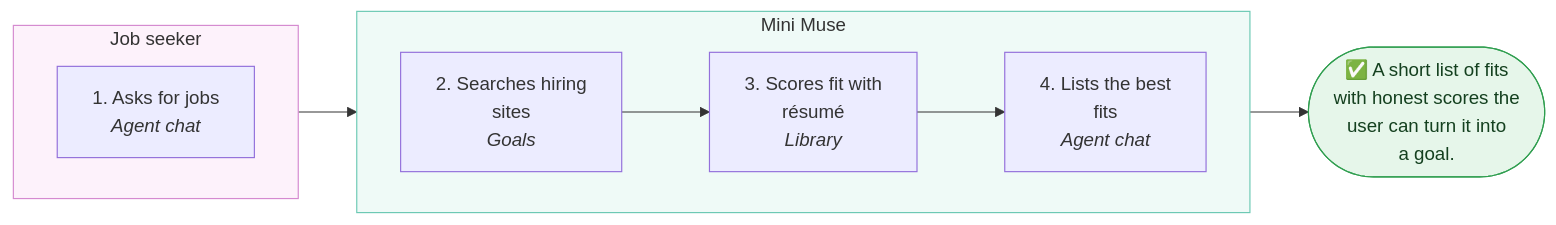
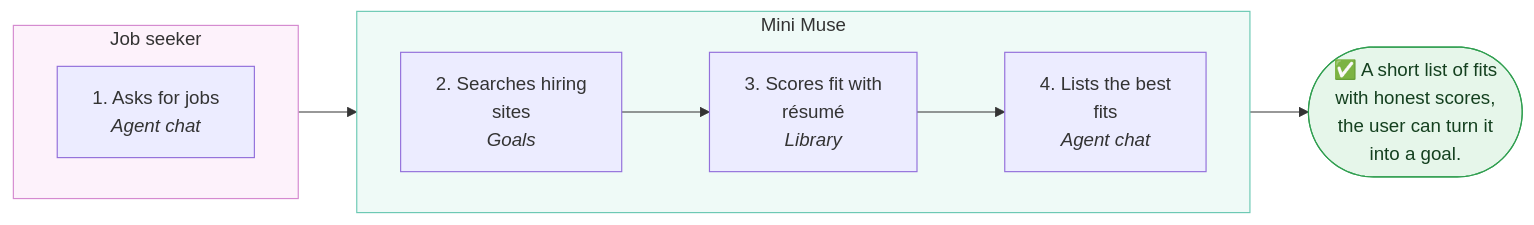
Before and after one commit to lngsa1234/mini-muse-mvp: the second of 6 diagrams in docs/product/baseline.md, drawn with Mermaid.

Commit message:
docs: product baseline label fix (AgentForge plugin)
Claude-Session: https://claude.ai/code/session_019wvSAozS1nz9RE7X3s4ZSd

````diff
--- a/docs/product/baseline.md
+++ b/docs/product/baseline.md
@@ -112,23 +112,23 @@
 ```mermaid
 flowchart LR
   subgraph user_lane["Job seeker"]
     direction LR
     s1["1. Asks for jobs<br/><i>Agent chat</i>"]
   end
   subgraph agent_lane["Mini Muse"]
     direction LR
     s2["2. Searches hiring<br/>sites<br/><i>Goals</i>"]
     s3["3. Scores fit with<br/>résumé<br/><i>Library</i>"]
     s4["4. Lists the best<br/>fits<br/><i>Agent chat</i>"]
   end
   s1 --> s2
   s2 --> s3
   s3 --> s4
-  done(["✅ A short list of fits<br/>with honest scores the<br/>user can turn it into<br/>a goal."])
+  done(["✅ A short list of fits<br/>with honest scores,<br/>the user can turn it<br/>into a goal."])
   s4 --> done
   classDef approval fill:#fff4e0,stroke:#d18a1f,color:#5c3a00
   classDef outcome fill:#e6f6ea,stroke:#2f9e4f,color:#14401f
   style user_lane fill:#fdf2fb,stroke:#d58ad0
   style agent_lane fill:#effaf7,stroke:#6cc9b4
   class done outcome
 ```
````
